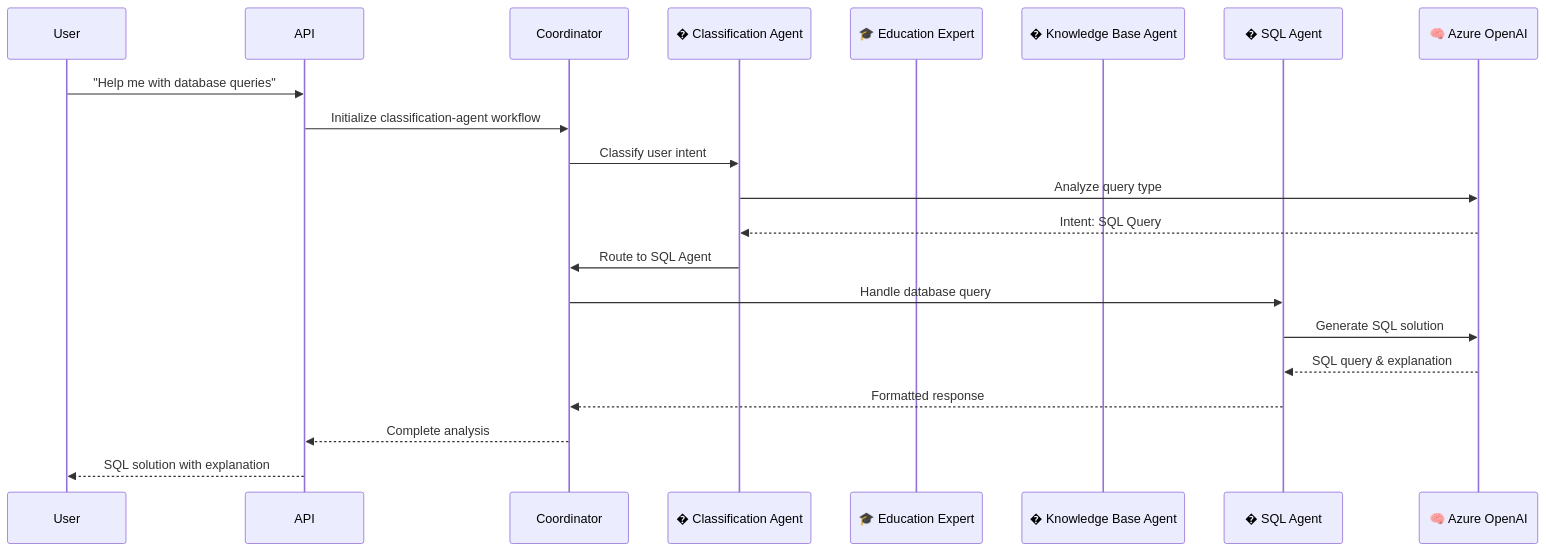
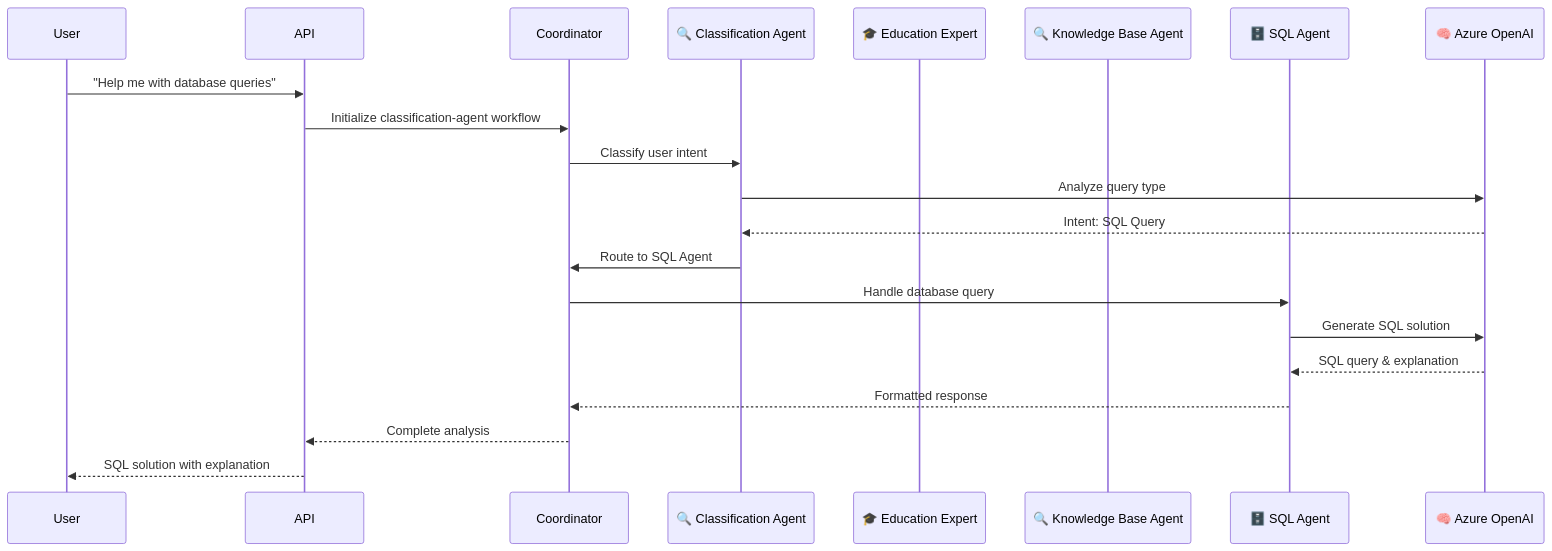
One commit to the-ingenious-dark-knight/Insight_Ingenious changed the second of 10 diagrams in docs/workflows/README.md. Above: the diagram before and after it, drawn with Mermaid. The commit also changed other lines of this file and 3 other files, not shown here.

````diff
--- a/docs/workflows/README.md
+++ b/docs/workflows/README.md
@@ -67,27 +65,27 @@
 ```mermaid
 sequenceDiagram
     participant User
     participant API
     participant Coordinator
-    participant ClassificationAgent as � Classification Agent
+    participant ClassificationAgent as 🔍 Classification Agent
     participant EducationAgent as 🎓 Education Expert
-    participant KnowledgeAgent as � Knowledge Base Agent
-    participant SQLAgent as �️ SQL Agent
+    participant KnowledgeAgent as 🔍 Knowledge Base Agent
+    participant SQLAgent as 🗄️ SQL Agent
     participant AzureOpenAI as 🧠 Azure OpenAI
 
     User->>API: "Help me with database queries"
     API->>Coordinator: Initialize classification-agent workflow
 
     Coordinator->>ClassificationAgent: Classify user intent
     ClassificationAgent->>AzureOpenAI: Analyze query type
     AzureOpenAI-->>ClassificationAgent: Intent: SQL Query
 
     ClassificationAgent->>Coordinator: Route to SQL Agent
     Coordinator->>SQLAgent: Handle database query
     SQLAgent->>AzureOpenAI: Generate SQL solution
     AzureOpenAI-->>SQLAgent: SQL query & explanation
 
     SQLAgent-->>Coordinator: Formatted response
     Coordinator-->>API: Complete analysis
     API-->>User: SQL solution with explanation
 ```
````
